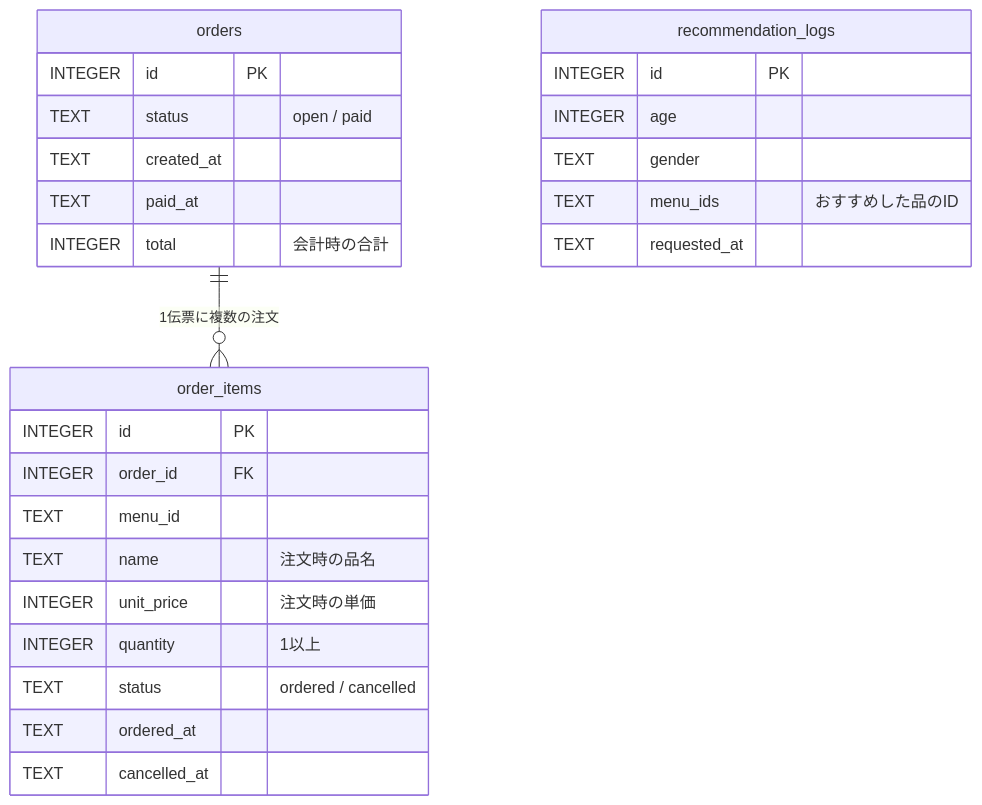
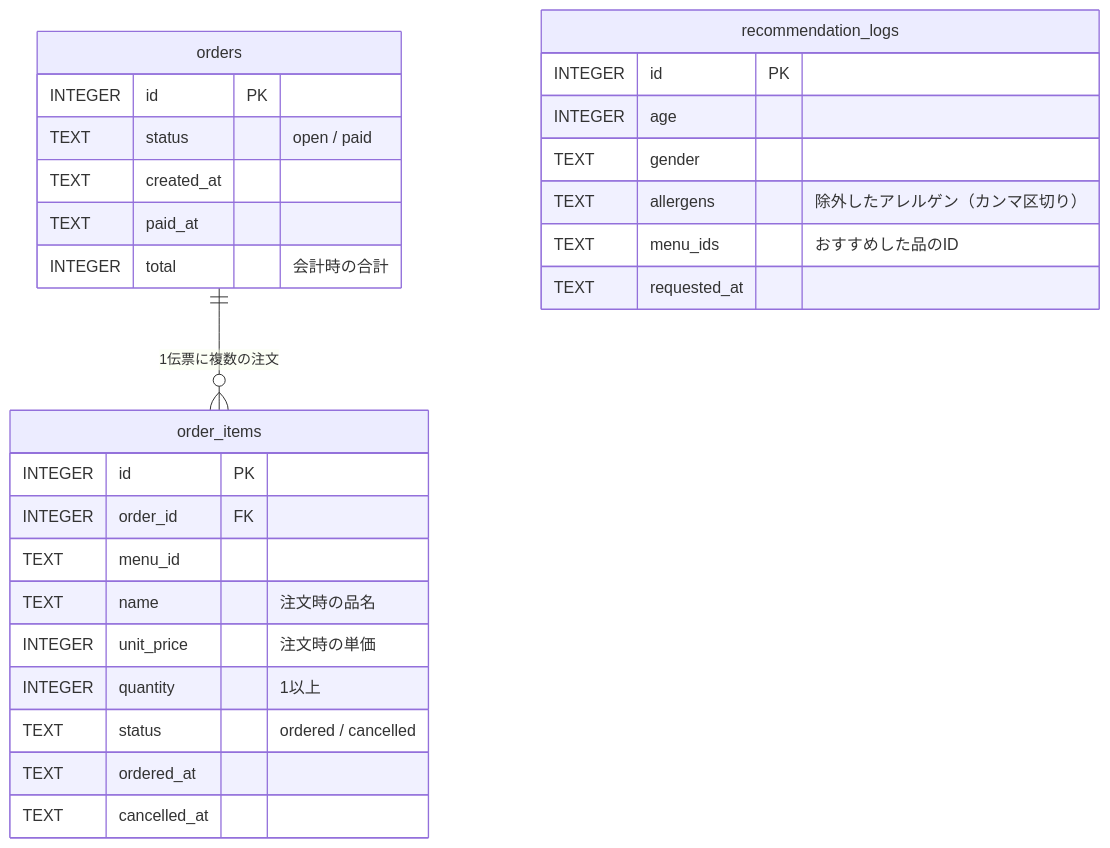
The third of 4 diagrams in README.md (daiichi001/innsyokuorder), drawn with Mermaid before and after one commit. The commit also changed other lines of this file and 9 other files, not shown here.

````diff
--- a/README.md
+++ b/README.md
@@ -168,29 +203,30 @@
 ```mermaid
 erDiagram
     orders ||--o{ order_items : "1伝票に複数の注文"
     orders {
         INTEGER id PK
         TEXT status "open / paid"
         TEXT created_at
         TEXT paid_at
         INTEGER total "会計時の合計"
     }
     order_items {
         INTEGER id PK
         INTEGER order_id FK
         TEXT menu_id
         TEXT name "注文時の品名"
         INTEGER unit_price "注文時の単価"
         INTEGER quantity "1以上"
         TEXT status "ordered / cancelled"
         TEXT ordered_at
         TEXT cancelled_at
     }
     recommendation_logs {
         INTEGER id PK
         INTEGER age
         TEXT gender
+        TEXT allergens "除外したアレルゲン（カンマ区切り）"
         TEXT menu_ids "おすすめした品のID"
         TEXT requested_at
     }
 ```
````
